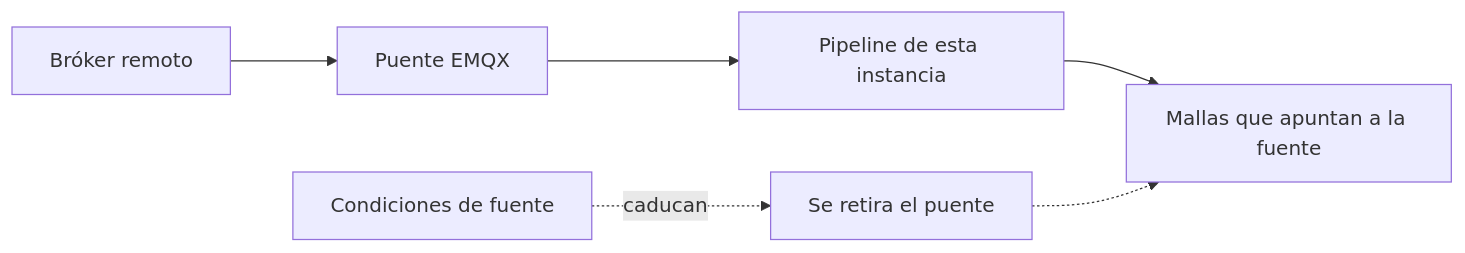
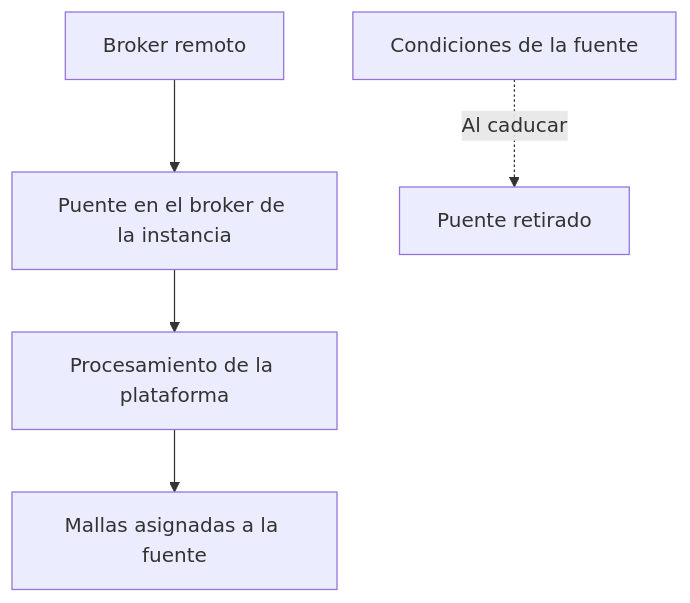
Before and after one commit to sensical-coop/mesh-things-apps: the diagram in apps/web/content/docs/es/sources.mdx, drawn with Mermaid. The commit also changed other lines of this file and 27 other files, not shown here.

````diff
--- a/apps/web/content/docs/es/sources.mdx
+++ b/apps/web/content/docs/es/sources.mdx
@@ -10,8 +10,7 @@
 ```mermaid
-flowchart LR
-  remote["Bróker remoto"] --> bridge["Puente EMQX"]
-  bridge --> pipe["Pipeline de esta instancia"]
-  pipe --> mesh["Mallas que apuntan a la fuente"]
-  terms["Condiciones de fuente"] -.->|caducan| pause["Se retira el puente"]
-  pause -.-> mesh
+flowchart TD
+  remote["Broker remoto"] --> bridge["Puente en el broker de la instancia"]
+  bridge --> pipeline["Procesamiento de la plataforma"]
+  pipeline --> meshes["Mallas asignadas a la fuente"]
+  terms["Condiciones de la fuente"] -.->|Al caducar| removed["Puente retirado"]
 ```
````
